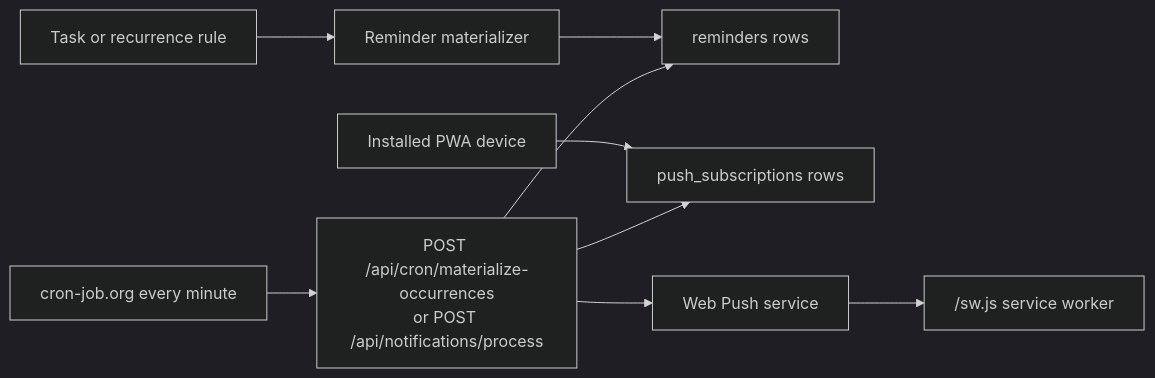
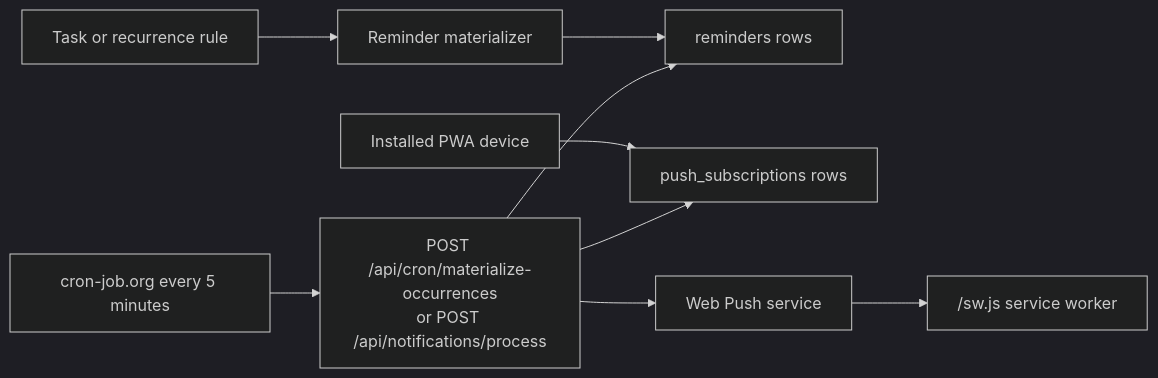
One commit to sameeradsv/circuit changed the diagram in docs/notifications.md. Above: the diagram before and after it, drawn with Mermaid (dark theme). The commit also changed other lines of this file and 15 other files, not shown here.

````diff
--- a/docs/notifications.md
+++ b/docs/notifications.md
@@ -7,11 +7,11 @@
 ```mermaid
 flowchart LR
   Task["Task or recurrence rule"] --> Materializer["Reminder materializer"]
   Materializer --> Reminder["reminders rows"]
   Device["Installed PWA device"] --> Sub["push_subscriptions rows"]
-  Cron["cron-job.org every minute"] --> Processor["POST /api/cron/materialize-occurrences\nor POST /api/notifications/process"]
+  Cron["cron-job.org every 5 minutes"] --> Processor["POST /api/cron/materialize-occurrences\nor POST /api/notifications/process"]
   Processor --> Reminder
   Processor --> Sub
   Processor --> Push["Web Push service"]
   Push --> SW["/sw.js service worker"]
 ```
````
